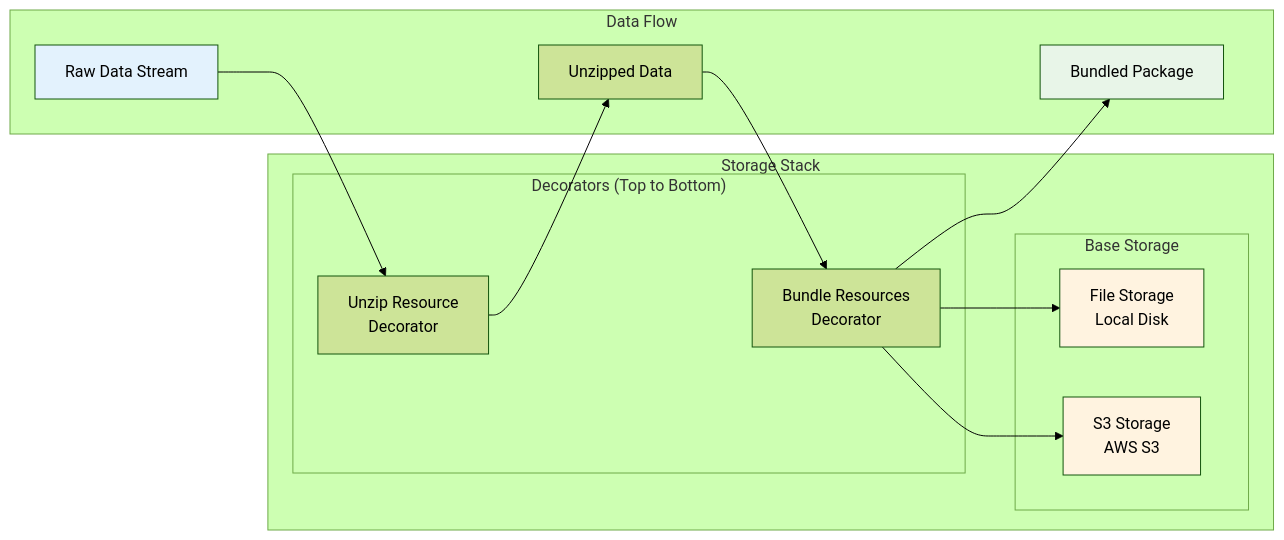
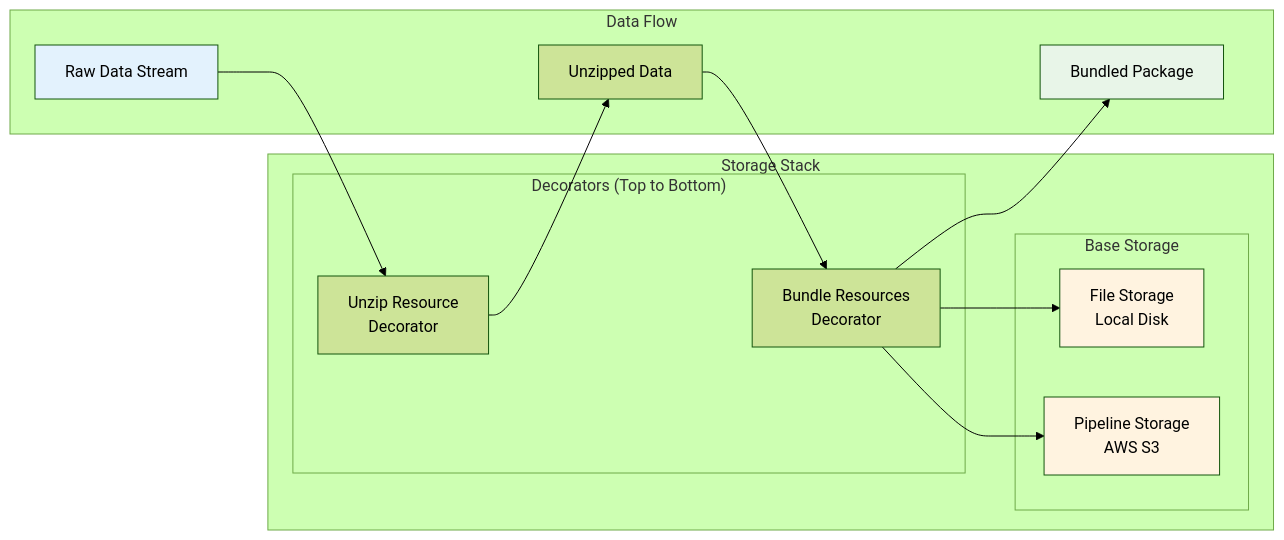
Before and after one commit to oc-ben-ellis/data-fetcher-app: the third of 4 diagrams in docs/01_architecture/overview.md, drawn with Mermaid (forest theme). The commit also changed other lines of this file and 210 other files, not shown here.

First line of the commit message:
refactor: restructure project from monolith to modular multi-package architecture

````diff
--- a/docs/01_architecture/overview.md
+++ b/docs/01_architecture/overview.md
@@ -334,35 +334,35 @@
 ```mermaid
 graph LR
     subgraph "Storage Stack"
         subgraph "Decorators (Top to Bottom)"
             Bundle[Bundle Resources<br/>Decorator]
 
             Unzip[Unzip Resource<br/>Decorator]
         end
 
         subgraph "Base Storage"
             File[File Storage<br/>Local Disk]
-            S3[S3 Storage<br/>AWS S3]
+            S3[Pipeline Storage<br/>AWS S3]
         end
     end
 
     subgraph "Data Flow"
         Raw[Raw Data Stream]
         Unzipped[Unzipped Data]
 
         Bundled[Bundled Package]
     end
 
     Raw --> Unzip
     Unzip --> Unzipped
             Unzipped --> Bundle
     Bundle --> Bundled
 
     Bundle --> File
     Bundle --> S3
 
     style Raw fill:#e3f2fd
     style Bundled fill:#e8f5e8
     style File fill:#fff3e0
     style S3 fill:#fff3e0
 ```
````
